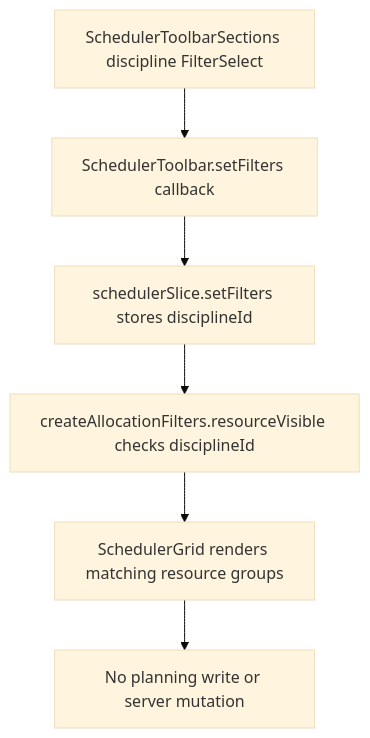
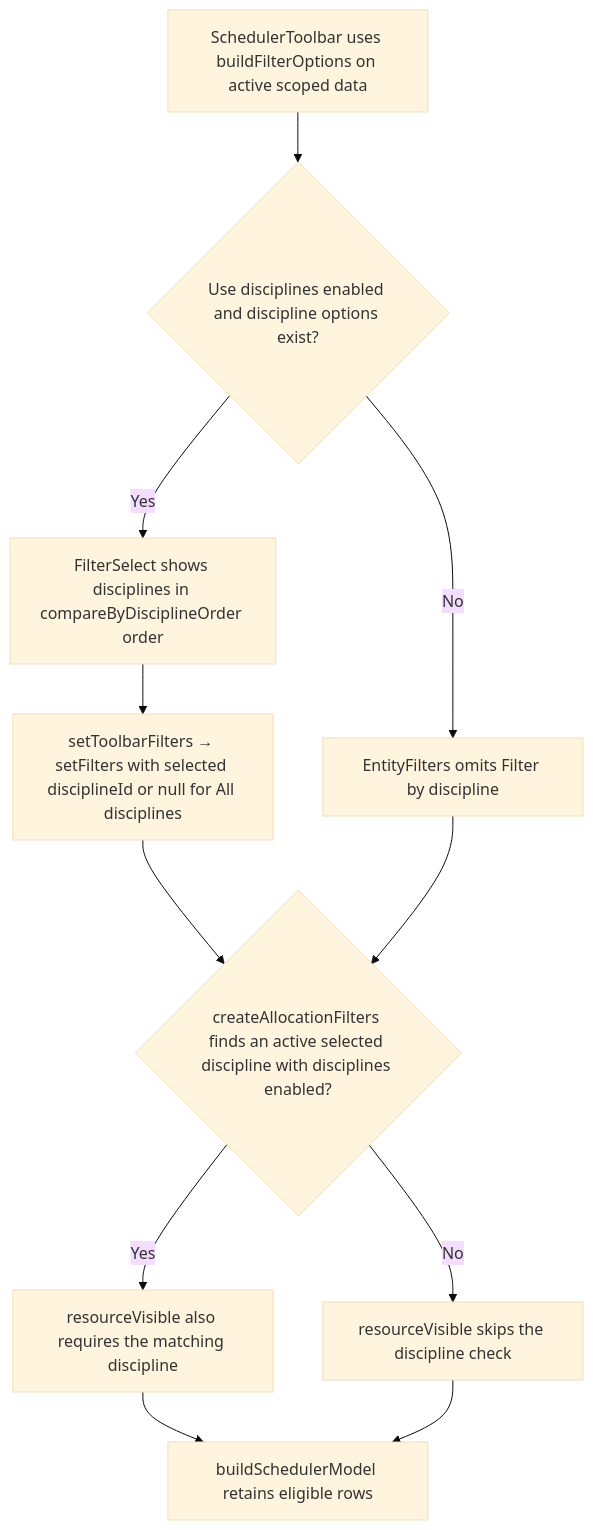
Before and after one commit to Kevinjohn/capacitylens: the second of 2 diagrams in user-stories/filters/US-FIL-02-filter-discipline.md, drawn with Mermaid (base theme). The commit also changed other lines of this file and 172 other files, not shown here.

Commit message:
docs: reconcile user story code flows with source

````diff
--- a/user-stories/filters/US-FIL-02-filter-discipline.md
+++ b/user-stories/filters/US-FIL-02-filter-discipline.md
@@ -35,8 +35,13 @@
 ```mermaid
 flowchart TD
-  A["SchedulerToolbarSections discipline FilterSelect"] --> B["SchedulerToolbar.setFilters callback"]
-  B --> C["schedulerSlice.setFilters stores disciplineId"]
-  C --> D["createAllocationFilters.resourceVisible checks disciplineId"]
-  D --> E["SchedulerGrid renders matching resource groups"]
-  E --> F["No planning write or server mutation"]
+  FILTERS["SchedulerToolbar uses buildFilterOptions on active scoped data"] --> READY{"Use disciplines enabled and discipline options exist?"}
+  READY -->|No| HIDDEN["EntityFilters omits Filter by discipline"]
+  READY -->|Yes| SELECT["FilterSelect shows disciplines in compareByDisciplineOrder order"]
+  SELECT --> PATCH["setToolbarFilters → setFilters with selected disciplineId or null for All disciplines"]
+  PATCH --> RESOLVE{"createAllocationFilters finds an active selected discipline with disciplines enabled?"}
+  HIDDEN --> RESOLVE
+  RESOLVE -->|Yes| MATCH["resourceVisible also requires the matching discipline"]
+  RESOLVE -->|No| PASS["resourceVisible skips the discipline check"]
+  MATCH --> MODEL["buildSchedulerModel retains eligible rows"]
+  PASS --> MODEL
 ```
````
